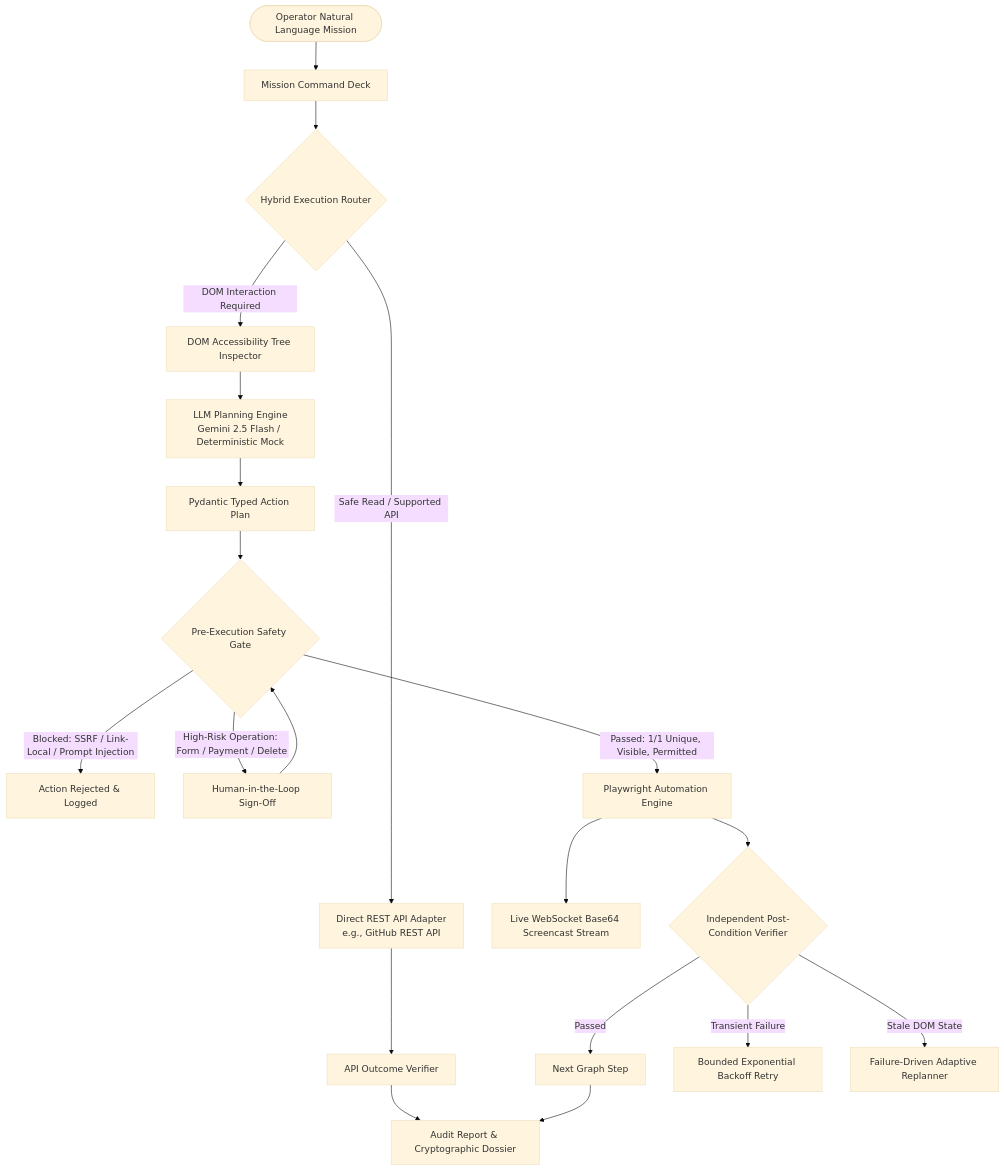
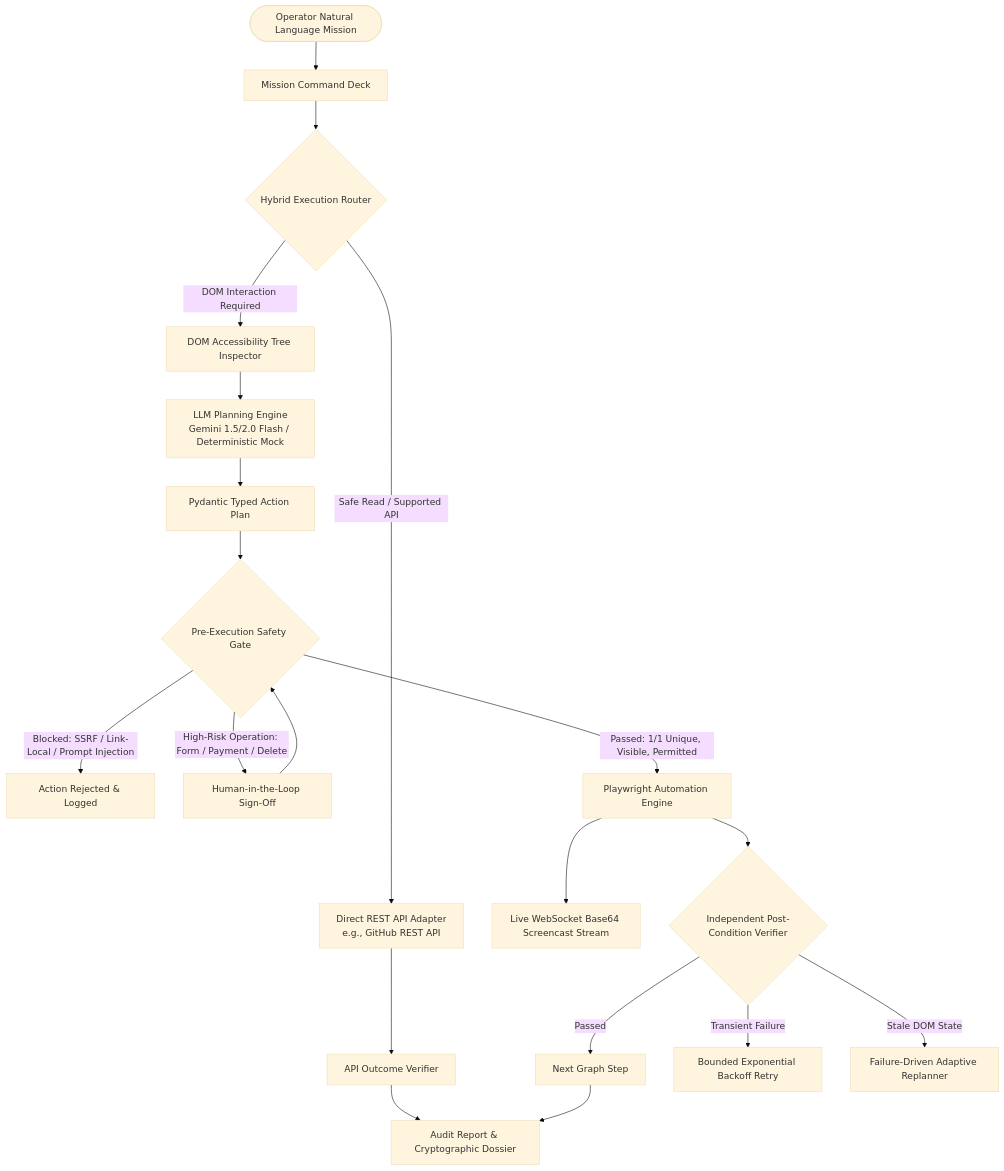
Before and after one commit to Tensai-Kartik/Vector: the diagram in README.md, drawn with Mermaid (base theme). The commit also changed 5 other files, not shown here.

Commit message:
fix(planner): update default Gemini model to gemini-1.5-flash with resilient multi-model and mock fallback

````diff
--- a/README.md
+++ b/README.md
@@ -41,30 +41,30 @@
 ```mermaid
 flowchart TD
     User([Operator Natural Language Mission]) --> Deck[Mission Command Deck]
     Deck --> Router{Hybrid Execution Router}
     
     %% API-First Fast Path
     Router -->|Safe Read / Supported API| APIAdapter[Direct REST API Adapter\ne.g., GitHub REST API]
     APIAdapter --> APIVerify[API Outcome Verifier]
     APIVerify --> Dossier[Audit Report & Cryptographic Dossier]
     
     %% Browser Automation Path
     Router -->|DOM Interaction Required| Inspect[DOM Accessibility Tree Inspector]
-    Inspect --> Planner[LLM Planning Engine\nGemini 2.5 Flash / Deterministic Mock]
+    Inspect --> Planner[LLM Planning Engine\nGemini 1.5/2.0 Flash / Deterministic Mock]
     Planner --> Schema[Pydantic Typed Action Plan]
     
     Schema --> Gate{Pre-Execution Safety Gate}
     Gate -->|Blocked: SSRF / Link-Local / Prompt Injection| Reject[Action Rejected & Logged]
     Gate -->|High-Risk Operation: Form / Payment / Delete| OperatorPrompt[Human-in-the-Loop Sign-Off]
     OperatorPrompt --> Gate
     
     Gate -->|Passed: 1/1 Unique, Visible, Permitted| Executor[Playwright Automation Engine]
     Executor --> Screencast[Live WebSocket Base64 Screencast Stream]
     Executor --> Verify{Independent Post-Condition Verifier}
     
     Verify -->|Passed| NextStep[Next Graph Step]
     Verify -->|Transient Failure| Recovery[Bounded Exponential Backoff Retry]
     Verify -->|Stale DOM State| Replan[Failure-Driven Adaptive Replanner]
     
     NextStep --> Dossier
 ```
````
